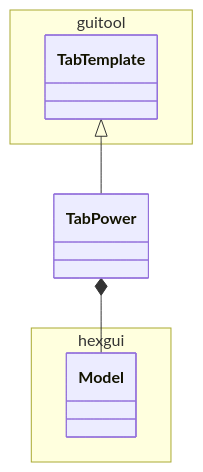
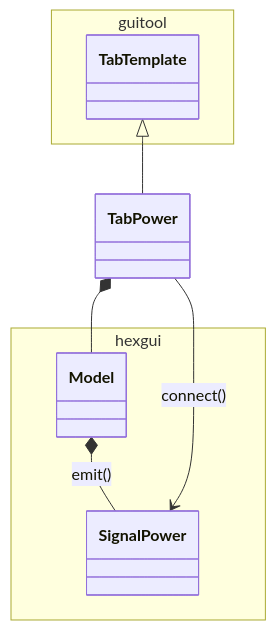
The diagram in doc/uml/tab/class_tab_power.mmd (lsst-ts/ts_hexgui), drawn with Mermaid before and after one commit. The commit also changed 6 other files, not shown here.

```diff
--- a/doc/uml/tab/class_tab_power.mmd
+++ b/doc/uml/tab/class_tab_power.mmd
@@ -1,13 +1,17 @@
 classDiagram
 
 namespace guitool {
   class TabTemplate
 }
 
 namespace hexgui {
   class Model
+  class SignalPower
 }
+
+Model *-- SignalPower : emit()
 
 TabTemplate <|-- TabPower
 
 TabPower *-- Model
+TabPower --> SignalPower : connect()
```
